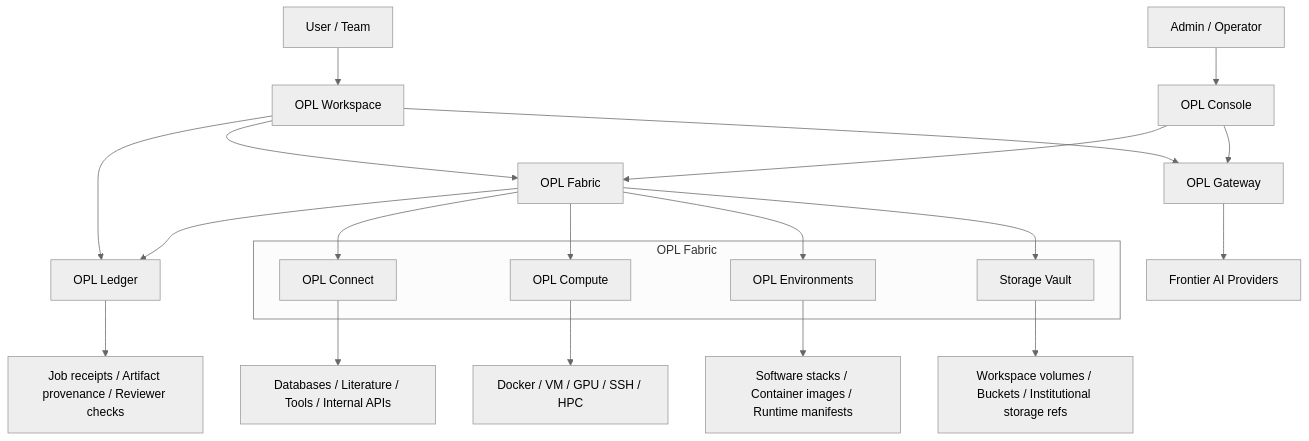
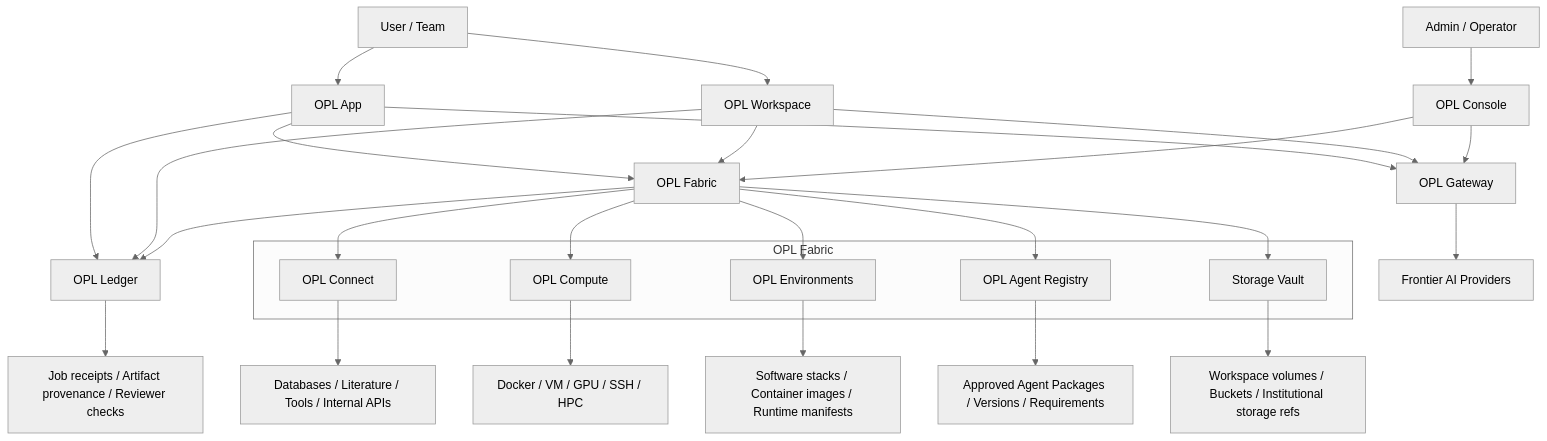
One commit to gaofeng21cn/one-person-lab-cloud changed the diagram in docs/architecture.md. Above: the diagram before and after it, drawn with Mermaid (neutral theme). The commit also changed other lines of this file and 25 other files, not shown here.

````diff
--- a/docs/architecture.md
+++ b/docs/architecture.md
@@ -15,31 +16,38 @@
 ```mermaid
 flowchart TB
-  User[User / Team] --> Workspace[OPL Workspace]
+  User[User / Team] --> App[OPL App]
+  User --> Workspace[OPL Workspace]
   Admin[Admin / Operator] --> Console[OPL Console]
 
+  App --> Gateway[OPL Gateway]
   Workspace --> Gateway[OPL Gateway]
   Console --> Gateway
+  App --> Fabric[OPL Fabric]
   Workspace --> Fabric[OPL Fabric]
   Console --> Fabric
+  App --> Ledger[OPL Ledger]
   Workspace --> Ledger[OPL Ledger]
   Fabric --> Ledger
 
   subgraph FabricLayer[OPL Fabric]
     Connect[OPL Connect]
     Compute[OPL Compute]
     Env[OPL Environments]
+    Registry[OPL Agent Registry]
     Storage[Storage Vault]
   end
 
   Fabric --> Connect
   Fabric --> Compute
   Fabric --> Env
+  Fabric --> Registry
   Fabric --> Storage
 
   Gateway --> Models[Frontier AI Providers]
   Connect --> Systems[Databases / Literature / Tools / Internal APIs]
   Compute --> Resources[Docker / VM / GPU / SSH / HPC]
   Env --> Images[Software stacks / Container images / Runtime manifests]
+  Registry --> AgentPackages[Approved Agent Packages / Versions / Requirements]
   Storage --> Data[Workspace volumes / Buckets / Institutional storage refs]
   Ledger --> Evidence[Job receipts / Artifact provenance / Reviewer checks]
 ```
````
